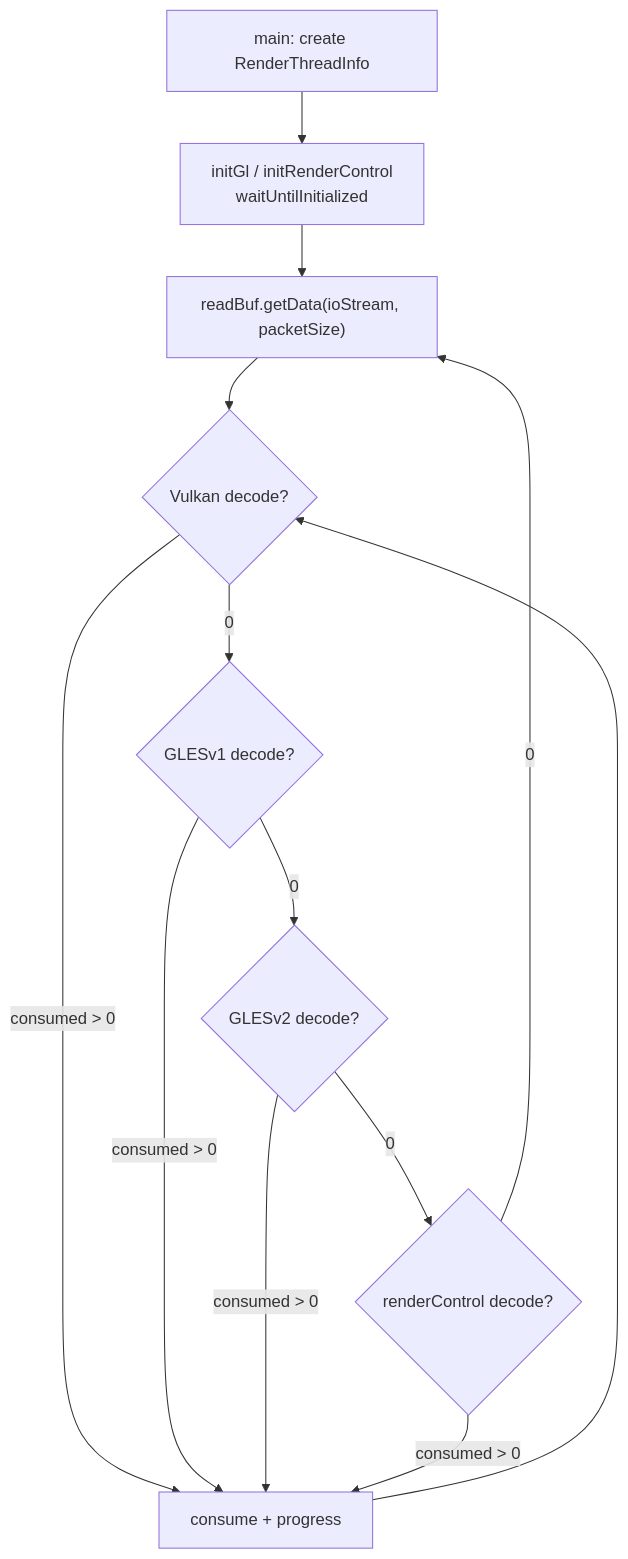
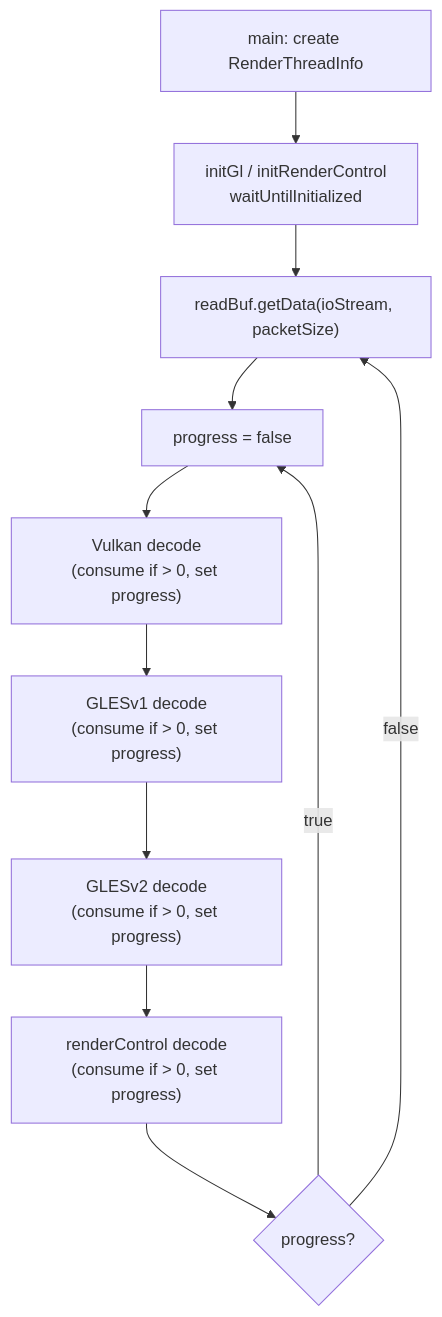
Before and after one commit to aospbooks/android-emulator-internal-book: the fifth of 9 diagrams in 11-graphics-architecture.md, drawn with Mermaid. The commit also changed other lines of this file and 31 other files, not shown here.

````diff
--- a/11-graphics-architecture.md
+++ b/11-graphics-architecture.md
@@ -315,15 +315,13 @@
 ```mermaid
 flowchart TB
   START["main: create RenderThreadInfo"] --> INIT["initGl / initRenderControl<br/>waitUntilInitialized"]
   INIT --> READ["readBuf.getData(ioStream, packetSize)"]
-  READ --> VK{"Vulkan decode?"}
-  VK -->|"consumed > 0"| CONS["consume + progress"]
-  VK -->|"0"| GL1{"GLESv1 decode?"}
-  GL1 -->|"consumed > 0"| CONS
-  GL1 -->|"0"| GL2{"GLESv2 decode?"}
-  GL2 -->|"consumed > 0"| CONS
-  GL2 -->|"0"| RC{"renderControl decode?"}
-  RC -->|"consumed > 0"| CONS
-  RC -->|"0"| READ
-  CONS --> VK
+  READ --> RESET["progress = false"]
+  RESET --> VK["Vulkan decode<br/>(consume if > 0, set progress)"]
+  VK --> GL1["GLESv1 decode<br/>(consume if > 0, set progress)"]
+  GL1 --> GL2["GLESv2 decode<br/>(consume if > 0, set progress)"]
+  GL2 --> RC["renderControl decode<br/>(consume if > 0, set progress)"]
+  RC --> CHK{"progress?"}
+  CHK -->|"true"| RESET
+  CHK -->|"false"| READ
 ```
````
